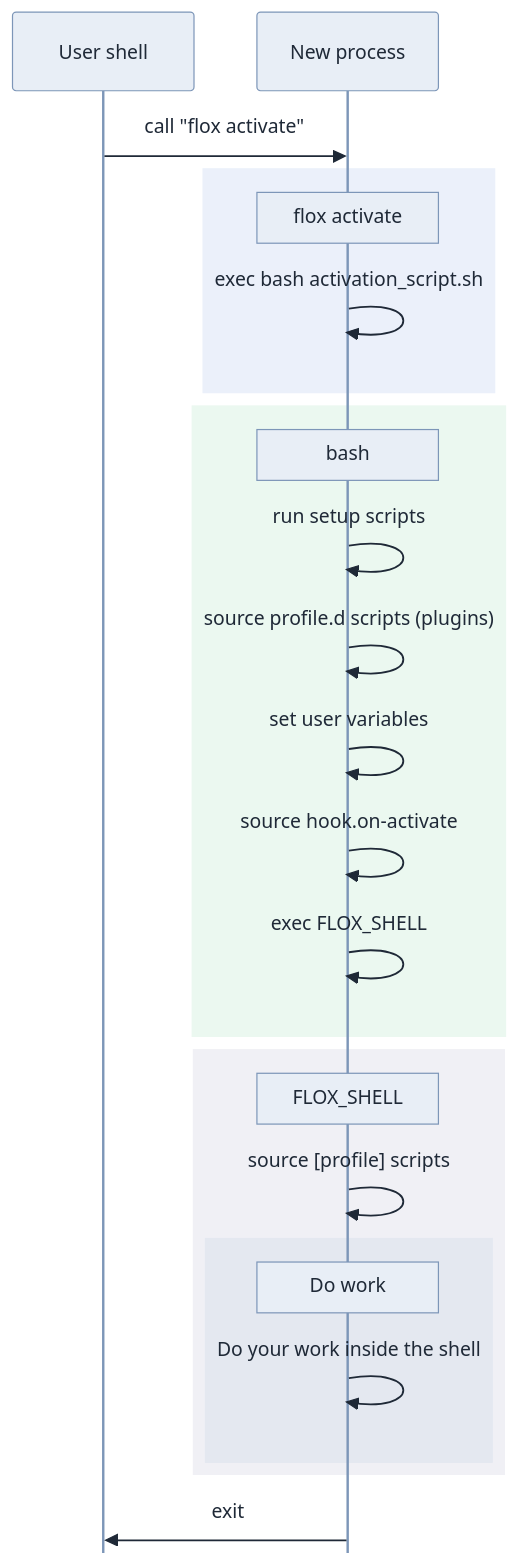
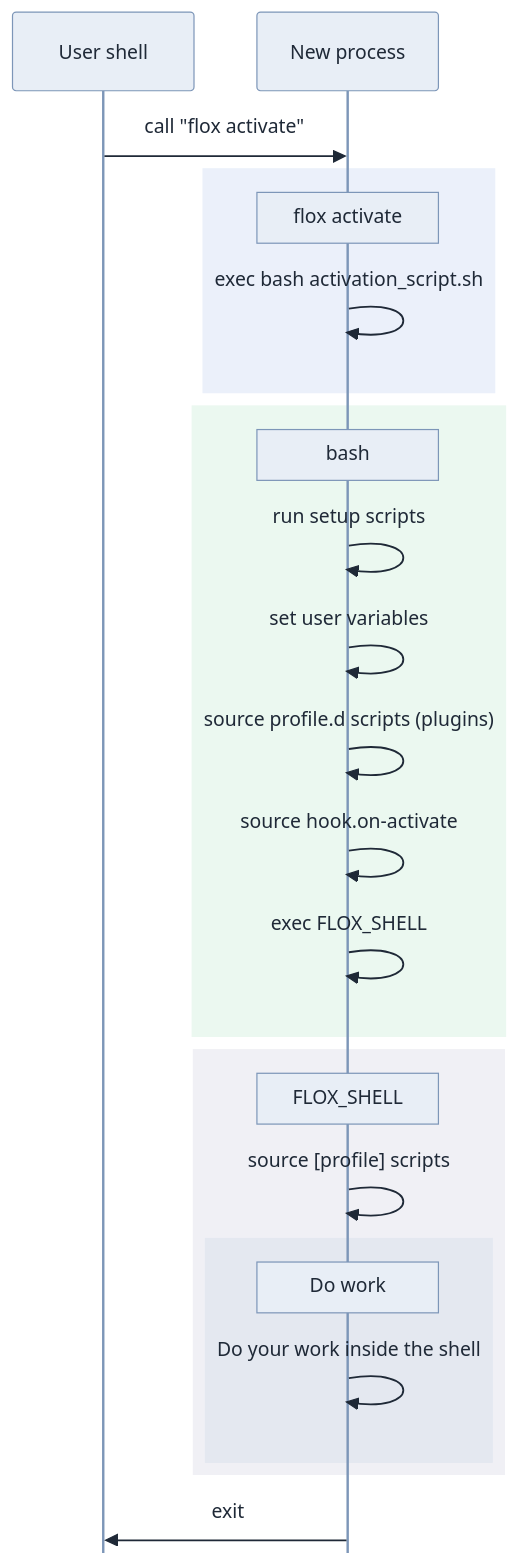
Before and after one commit to flox/docs: the fourth of 5 diagrams in concepts/activation.mdx, drawn with Mermaid. The commit also changed other lines of this file, not shown here.

First line of the commit message:
docs(activation): set [vars] before plugin profile.d scripts

````diff
--- a/concepts/activation.mdx
+++ b/concepts/activation.mdx
@@ -237,28 +237,28 @@
 ```mermaid
 %%{init: {'theme':'base','themeVariables':{'primaryColor':'#e8eef6','primaryBorderColor':'#7d96b8','primaryTextColor':'#1f2937','lineColor':'#7d96b8','noteBkgColor':'#e8eef6','noteTextColor':'#1f2937','noteBorderColor':'#7d96b8','actorBkg':'#e8eef6','actorBorder':'#7d96b8','actorTextColor':'#1f2937','actorLineColor':'#7d96b8','signalColor':'#1f2937','signalTextColor':'#1f2937','labelBoxBkgColor':'#e8eef6','labelBoxBorderColor':'#7d96b8','labelTextColor':'#1f2937','loopTextColor':'#1f2937','sequenceNumberColor':'#1f2937'},'sequence':{'mirrorActors':false}}}%%
 sequenceDiagram
     participant U as User shell
     participant P as New process
     U->>P: call "flox activate"
     rect rgb(235, 240, 250)
       Note over P: flox activate
       P->>P: exec bash activation_script.sh
     end
     rect rgb(235, 248, 240)
       Note over P: bash
       P->>P: run setup scripts
+      P->>P: set user variables
       P->>P: source profile.d scripts (plugins)
-      P->>P: set user variables
       P->>P: source hook.on-activate
       P->>P: exec FLOX_SHELL
     end
     rect rgb(240, 240, 245)
       Note over P: FLOX_SHELL
       P->>P: source [profile] scripts
       rect rgb(228, 232, 240)
         Note over P: Do work
         P->>P: Do your work inside the shell
       end
     end
     P->>U: exit
 ```
````
